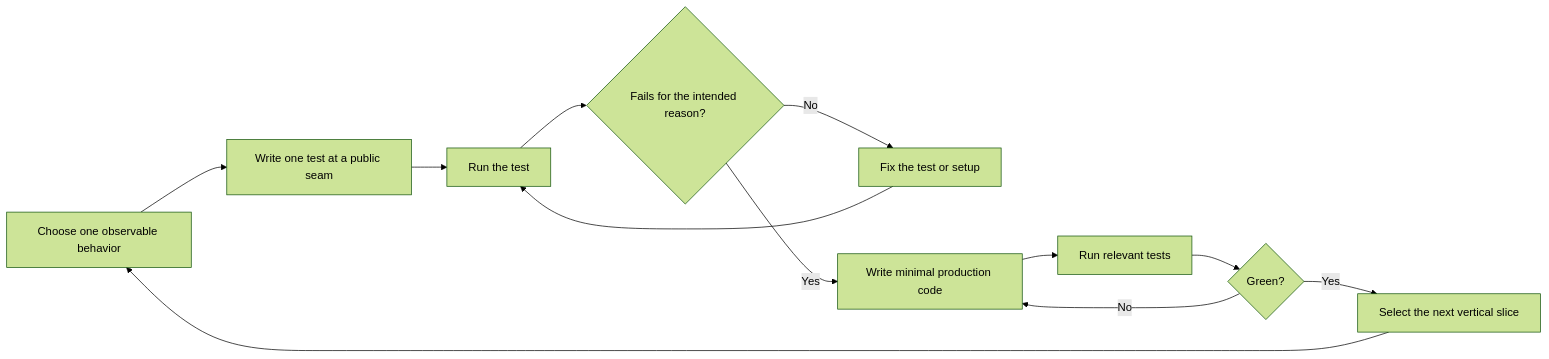
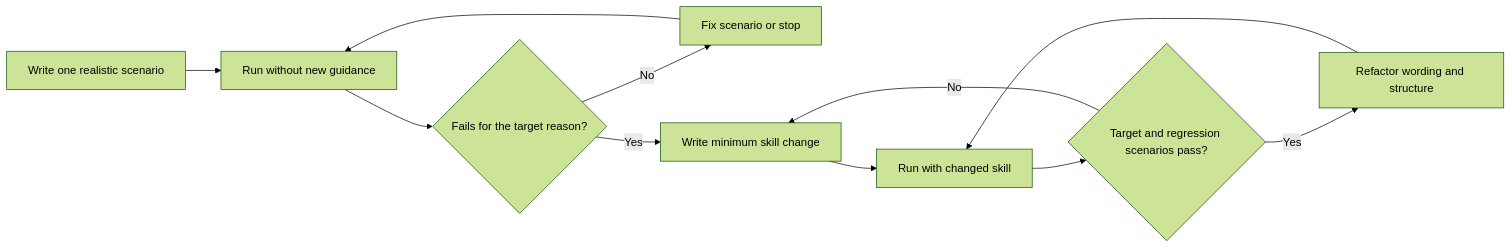
Before and after one commit to KalebCole/kaleb-marketplace: the diagram in plugins/kaleb-skills/skills/create-skill/references/tdd.md, drawn with Mermaid (forest theme). The commit also changed other lines of this file and 4 other files, not shown here.

````diff
--- a/plugins/kaleb-skills/skills/create-skill/references/tdd.md
+++ b/plugins/kaleb-skills/skills/create-skill/references/tdd.md
@@ -90,14 +102,13 @@
 ```mermaid
 flowchart LR
-    A[Choose one observable behavior] --> B[Write one test at a public seam]
-    B --> C[Run the test]
-    C --> D{Fails for the intended reason?}
-    D -- No --> E[Fix the test or setup]
-    E --> C
-    D -- Yes --> F[Write minimal production code]
-    F --> G[Run relevant tests]
-    G --> H{Green?}
-    H -- No --> F
-    H -- Yes --> I[Select the next vertical slice]
-    I --> A
+    A[Write one realistic scenario] --> B[Run without new guidance]
+    B --> C{Fails for the target reason?}
+    C -- No --> D[Fix scenario or stop]
+    D --> B
+    C -- Yes --> E[Write minimum skill change]
+    E --> F[Run with changed skill]
+    F --> G{Target and regression scenarios pass?}
+    G -- No --> E
+    G -- Yes --> H[Refactor wording and structure]
+    H --> F
 ```
````
